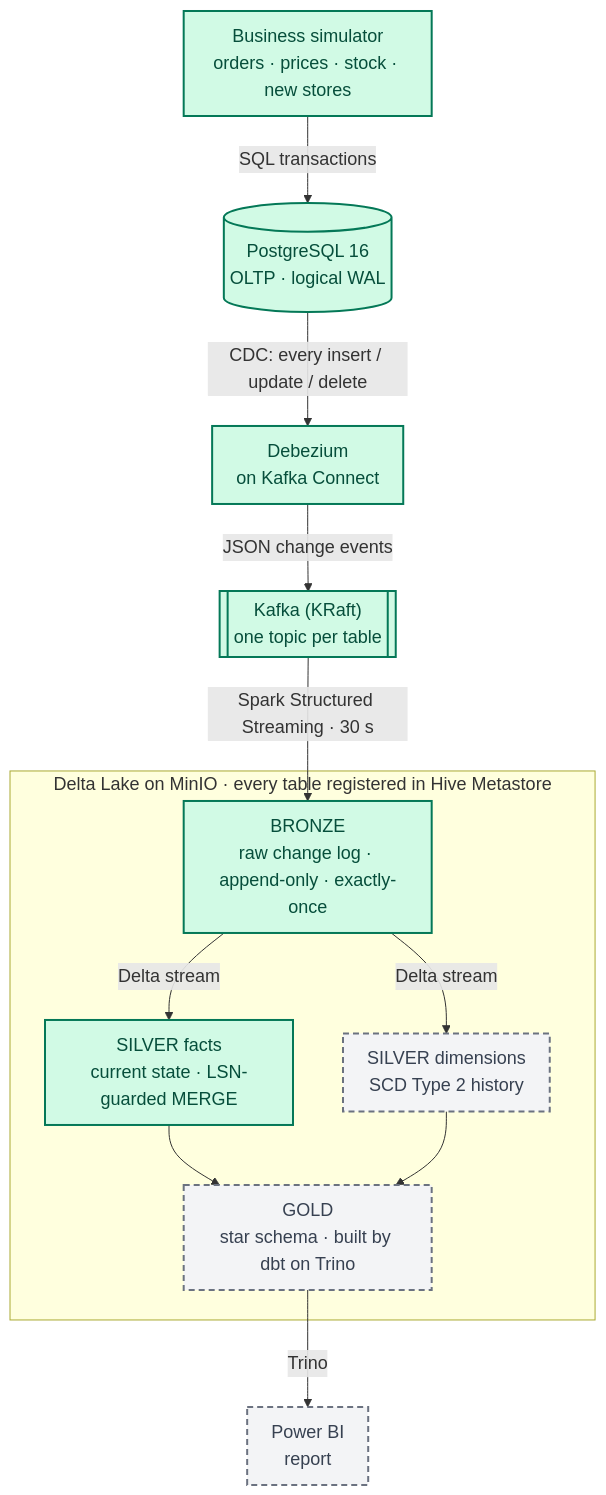
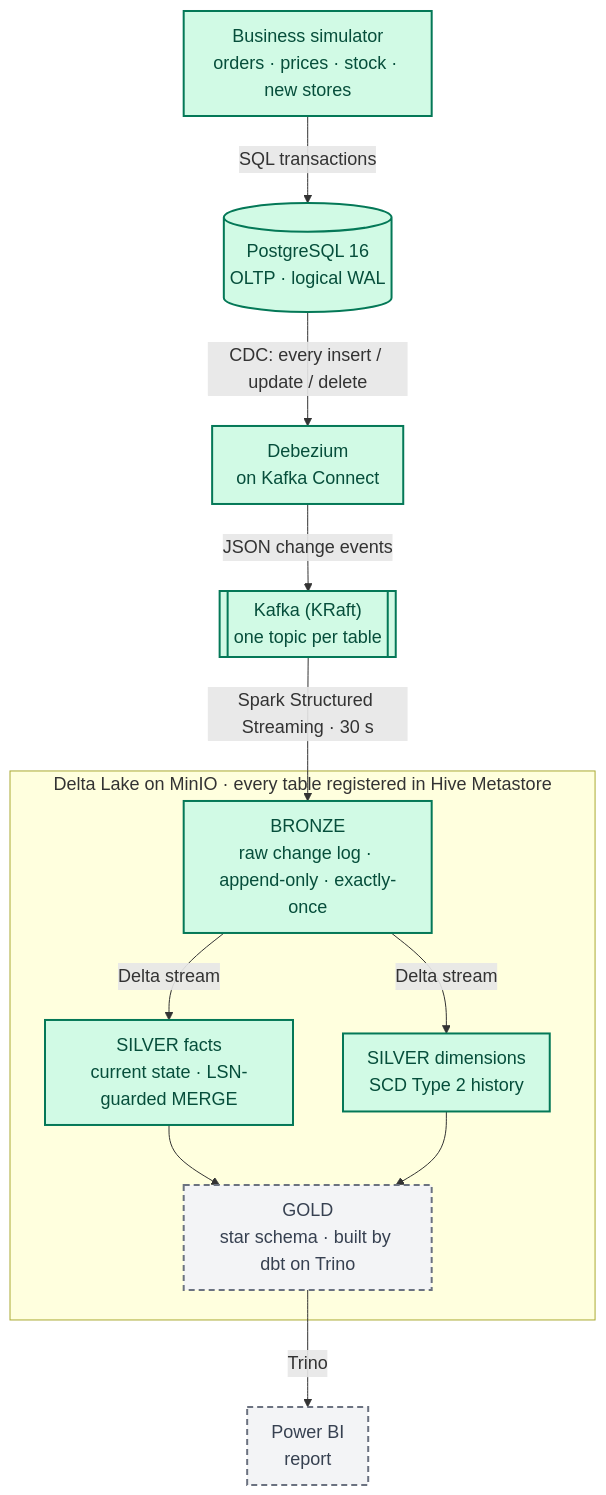
One commit to cleavestone/fmcg-realtime-lakehouse changed the diagram in README.md. Above: the diagram before and after it, drawn with Mermaid. The commit also changed other lines of this file and 13 other files, not shown here.

````diff
--- a/README.md
+++ b/README.md
@@ -37,32 +37,32 @@
 ```mermaid
 %%{init: {"themeVariables": {"fontSize": "18px"}, "flowchart": {"nodeSpacing": 50, "rankSpacing": 60, "padding": 12}}}%%
 flowchart TB
   SIM["Business simulator<br/>orders · prices · stock · new stores"]
   PG[("PostgreSQL 16<br/>OLTP · logical WAL")]
   DBZ["Debezium<br/>on Kafka Connect"]
   K[["Kafka (KRaft)<br/>one topic per table"]]
 
   subgraph LAKE["Delta Lake on MinIO · every table registered in Hive Metastore"]
     BR["BRONZE<br/>raw change log · append-only · exactly-once"]
     SF["SILVER facts<br/>current state · LSN-guarded MERGE"]
     SD["SILVER dimensions<br/>SCD Type 2 history"]
     GD["GOLD<br/>star schema · built by dbt on Trino"]
   end
 
   PBI["Power BI<br/>report"]
 
   SIM -->|"SQL transactions"| PG
   PG -->|"CDC: every insert / update / delete"| DBZ
   DBZ -->|"JSON change events"| K
   K -->|"Spark Structured Streaming · 30 s"| BR
   BR -->|"Delta stream"| SF
   BR -->|"Delta stream"| SD
   SF --> GD
   SD --> GD
   GD -->|"Trino"| PBI
 
   classDef done fill:#d1fae5,stroke:#047857,stroke-width:2px,color:#064e3b
   classDef next fill:#f3f4f6,stroke:#6b7280,stroke-width:2px,stroke-dasharray:6 4,color:#374151
-  class SIM,PG,DBZ,K,BR,SF done
-  class SD,GD,PBI next
+  class SIM,PG,DBZ,K,BR,SF,SD done
+  class GD,PBI next
 ```
````
